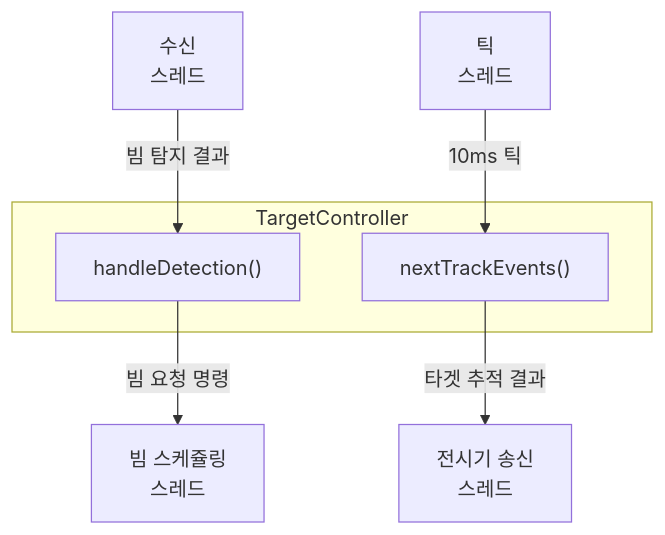
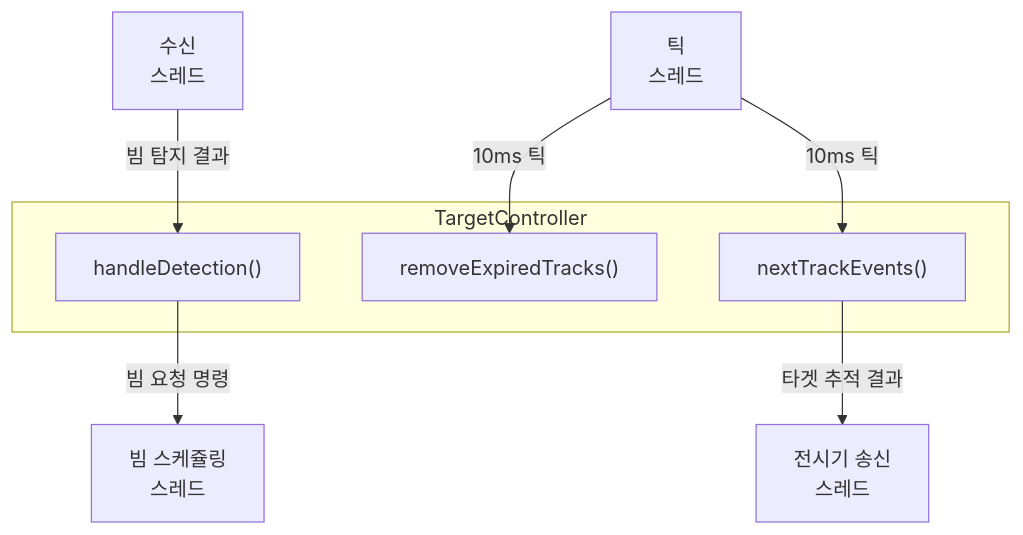
The first of 4 diagrams in src/target/README.md (AESAlien/aesa-processor), drawn with Mermaid before and after one commit. The commit also changed other lines of this file and 7 other files, not shown here.

````diff
--- a/src/target/README.md
+++ b/src/target/README.md
@@ -5,17 +5,19 @@
 ```mermaid
 flowchart TB
     CommReceiveWorker[수신<br/>스레드]
     TickWorker[틱<br/>스레드]
     BeamWorker[빔 스케쥴링<br/>스레드]
     ConsoleSendWorker[전시기 송신<br/>스레드]
 
     subgraph TargetController
         handleDetection["handleDetection()"]
+        removeExpiredTracks["removeExpiredTracks()"]
         nextTrackEvents["nextTrackEvents()"]
     end
 
     CommReceiveWorker -->|빔 탐지 결과| handleDetection
     handleDetection -->|빔 요청 명령| BeamWorker
+    TickWorker -->|10ms 틱| removeExpiredTracks
     TickWorker -->|10ms 틱| nextTrackEvents
     nextTrackEvents -->|타겟 추적 결과| ConsoleSendWorker
 ```
````
